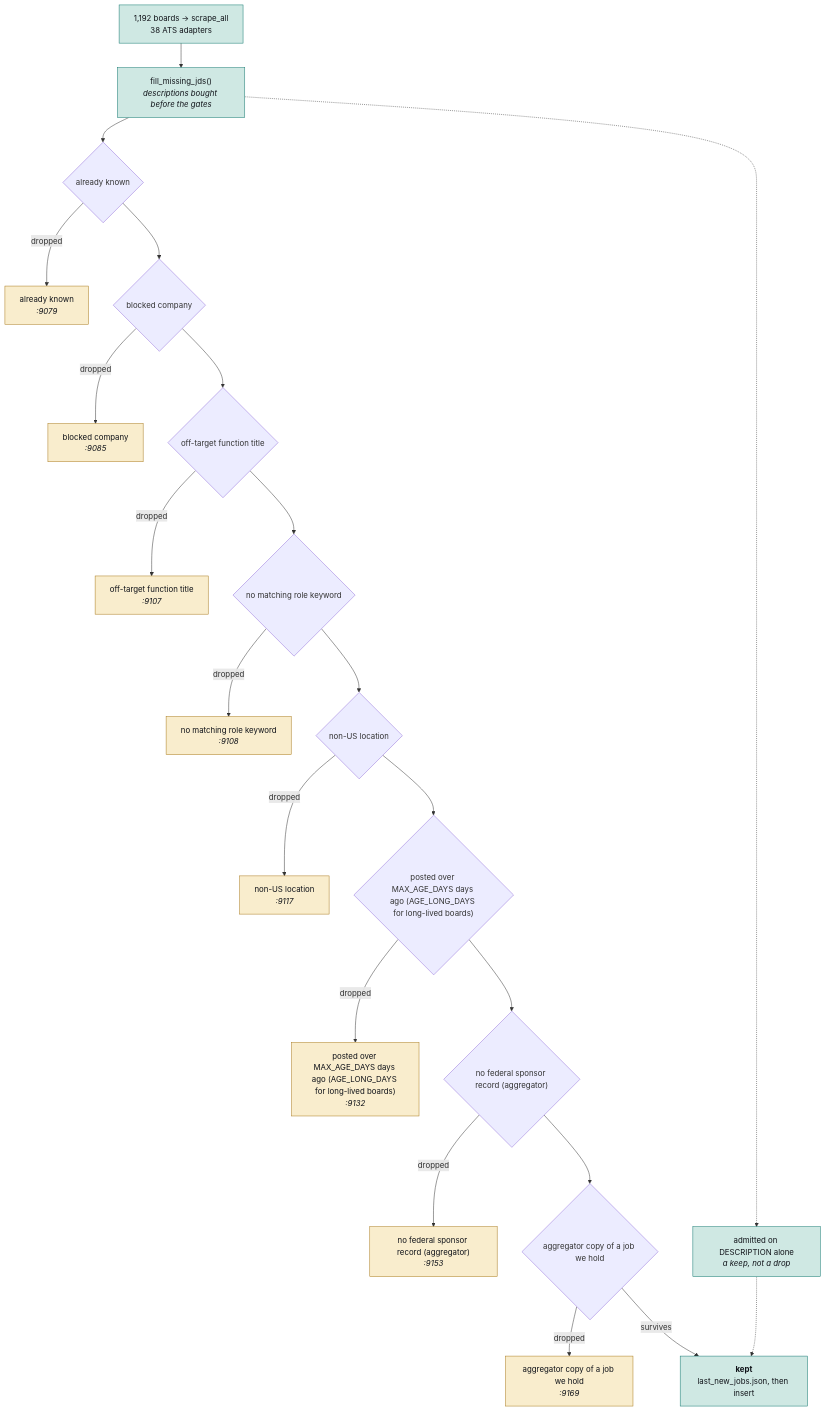
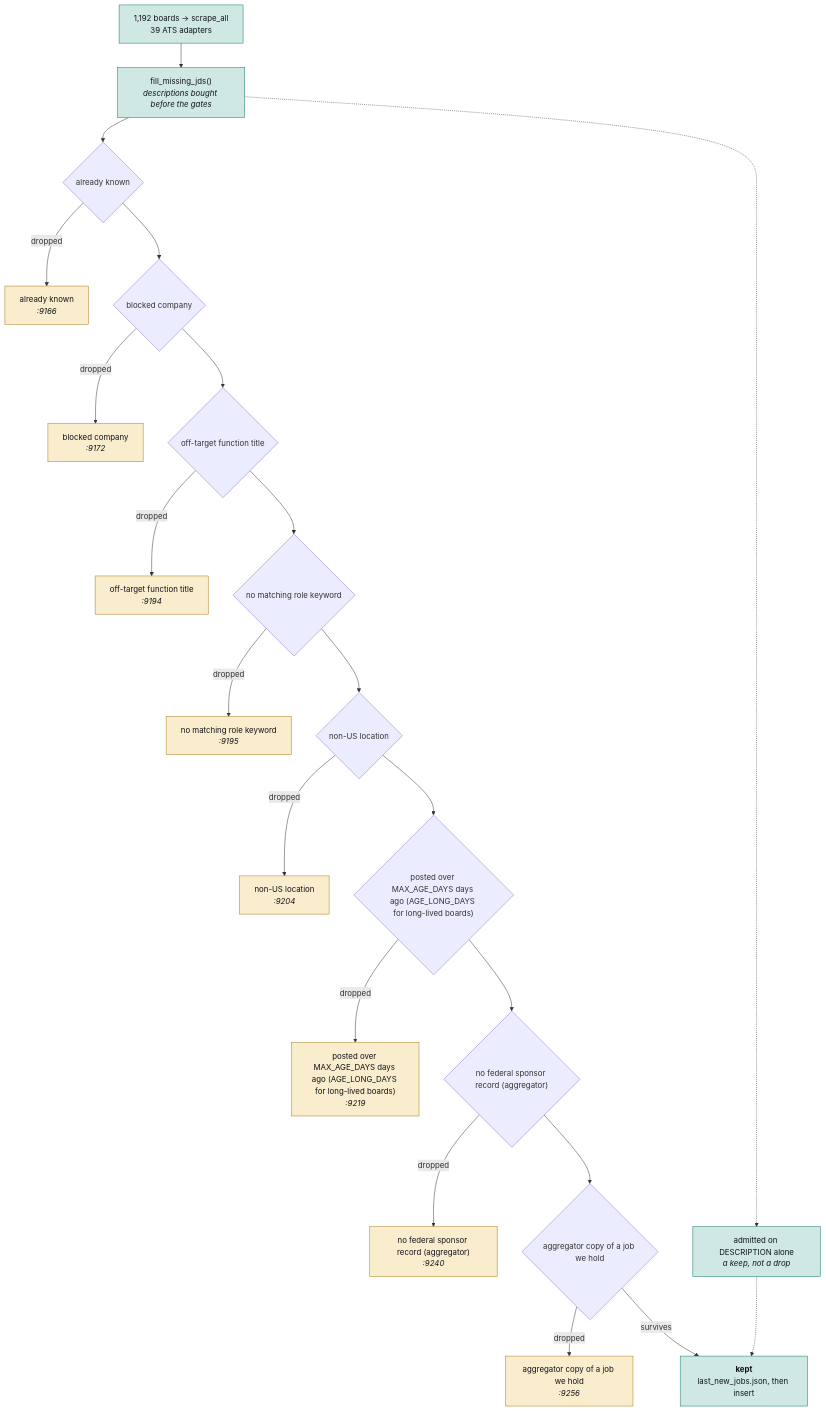
The second of 4 diagrams in JobMatch Scraper/docs/ARCHITECTURE.md (hadakunal909-debug/job-search-tool), drawn with Mermaid before and after one commit. The commit also changed other lines of this file and 9 other files, not shown here.

````diff
--- a/JobMatch Scraper/docs/ARCHITECTURE.md
+++ b/JobMatch Scraper/docs/ARCHITECTURE.md
@@ -106,54 +106,54 @@
 ```mermaid
 flowchart TB
-  SRC["1,192 boards → scrape_all<br/>38 ATS adapters"]
+  SRC["1,192 boards → scrape_all<br/>39 ATS adapters"]
   JD["fill_missing_jds()<br/><i>descriptions bought before the gates</i>"]
   SRC --> JD
   G0{"already known"}
-  D0["already known<br/><i>:9079</i>"]
+  D0["already known<br/><i>:9166</i>"]
   JD --> G0
   G0 -->|dropped| D0
   class D0 trap
   G1{"blocked company"}
-  D1["blocked company<br/><i>:9085</i>"]
+  D1["blocked company<br/><i>:9172</i>"]
   G0 --> G1
   G1 -->|dropped| D1
   class D1 trap
   G2{"off-target function title"}
-  D2["off-target function title<br/><i>:9107</i>"]
+  D2["off-target function title<br/><i>:9194</i>"]
   G1 --> G2
   G2 -->|dropped| D2
   class D2 trap
   G3{"no matching role keyword"}
-  D3["no matching role keyword<br/><i>:9108</i>"]
+  D3["no matching role keyword<br/><i>:9195</i>"]
   G2 --> G3
   G3 -->|dropped| D3
   class D3 trap
   G4{"non-US location"}
-  D4["non-US location<br/><i>:9117</i>"]
+  D4["non-US location<br/><i>:9204</i>"]
   G3 --> G4
   G4 -->|dropped| D4
   class D4 trap
   G5{"posted over MAX_AGE_DAYS days ago (AGE_LONG_DAYS for long-lived boards)"}
-  D5["posted over MAX_AGE_DAYS days ago (AGE_LONG_DAYS for long-lived boards)<br/><i>:9132</i>"]
+  D5["posted over MAX_AGE_DAYS days ago (AGE_LONG_DAYS for long-lived boards)<br/><i>:9219</i>"]
   G4 --> G5
   G5 -->|dropped| D5
   class D5 trap
   G6{"no federal sponsor record (aggregator)"}
-  D6["no federal sponsor record (aggregator)<br/><i>:9153</i>"]
+  D6["no federal sponsor record (aggregator)<br/><i>:9240</i>"]
   G5 --> G6
   G6 -->|dropped| D6
   class D6 trap
   G7{"aggregator copy of a job we hold"}
-  D7["aggregator copy of a job we hold<br/><i>:9169</i>"]
+  D7["aggregator copy of a job we hold<br/><i>:9256</i>"]
   G6 --> G7
   G7 -->|dropped| D7
   class D7 trap
   KEEP["<b>kept</b><br/>last_new_jobs.json, then insert"]
   G7 -->|survives| KEEP
   RESCUE["admitted on DESCRIPTION alone<br/><i>a keep, not a drop</i>"]
   JD -.-> RESCUE
   RESCUE -.-> KEEP
   classDef trap fill:#f9edcd,stroke:#a8781a,color:#101319
   classDef sched fill:#cfe8e3,stroke:#0f766e,color:#101319
   class SRC,JD,KEEP,RESCUE sched
 ```
````
